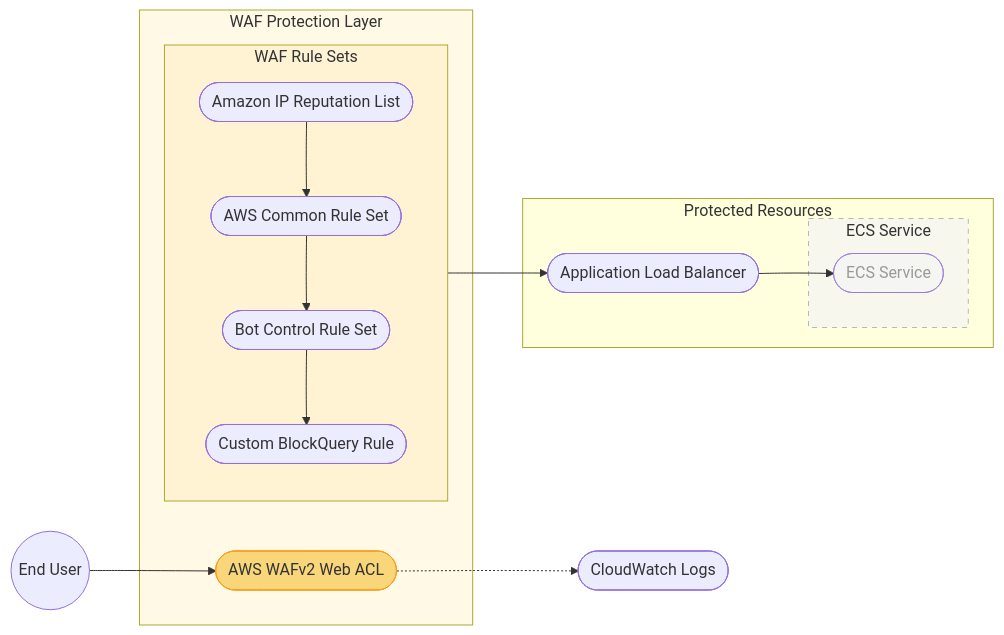
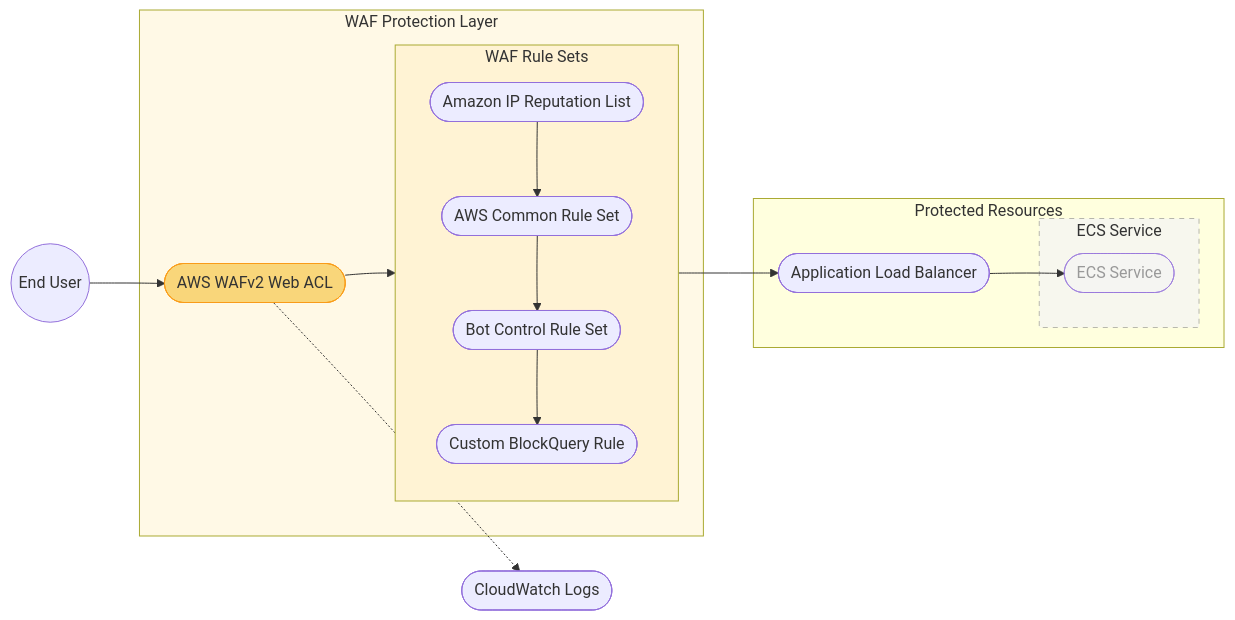
The diagram in standalone-waf-diagram.md (vaughngit/cdk-ecs-alb-waf-owasp-webapp), drawn with Mermaid before and after one commit.

Commit message:
updated layout

````diff
--- a/standalone-waf-diagram.md
+++ b/standalone-waf-diagram.md
@@ -3,33 +3,34 @@
 ```mermaid
 flowchart LR
     User((End User)) --> WAF
     
     subgraph WAFProtection[WAF Protection Layer]
         WAF([AWS WAFv2 Web ACL])
         subgraph RuleSets[WAF Rule Sets]
             direction TB
             IPRule([Amazon IP Reputation List]) --> CommonRule([AWS Common Rule Set])
             CommonRule --> BotRule([Bot Control Rule Set])
             BotRule --> CustomRule([Custom BlockQuery Rule])
         end
+        WAF --> RuleSets
     end
     
     RuleSets --> ALB
     WAF -.-> CWLogs([CloudWatch Logs])
     
     subgraph Resources[Protected Resources]
         ALB([Application Load Balancer])
         subgraph ECSCluster[ECS Service]
             style ECSCluster fill:#f5f5f5,stroke:#999,stroke-dasharray: 5 5
             ECS([ECS Service])
             style ECS fill:#f5f5f5,color:#999
         end
         ALB --> ECS
     end
     
     style ECSCluster opacity:0.7
     style ECS opacity:0.7
     style WAF fill:#f9d67a,stroke:#f99c1a
     style WAFProtection fill:#fff9e6
     style RuleSets fill:#fff3d4
 ```
````
